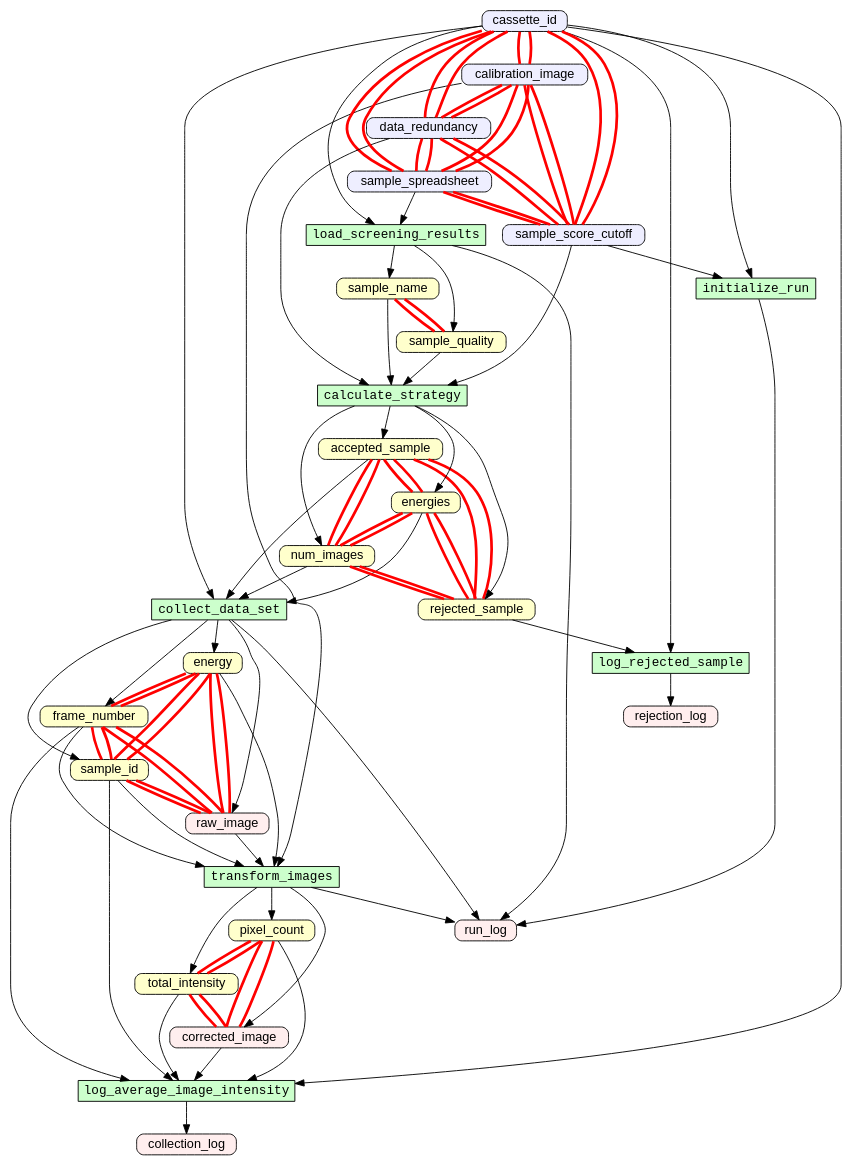
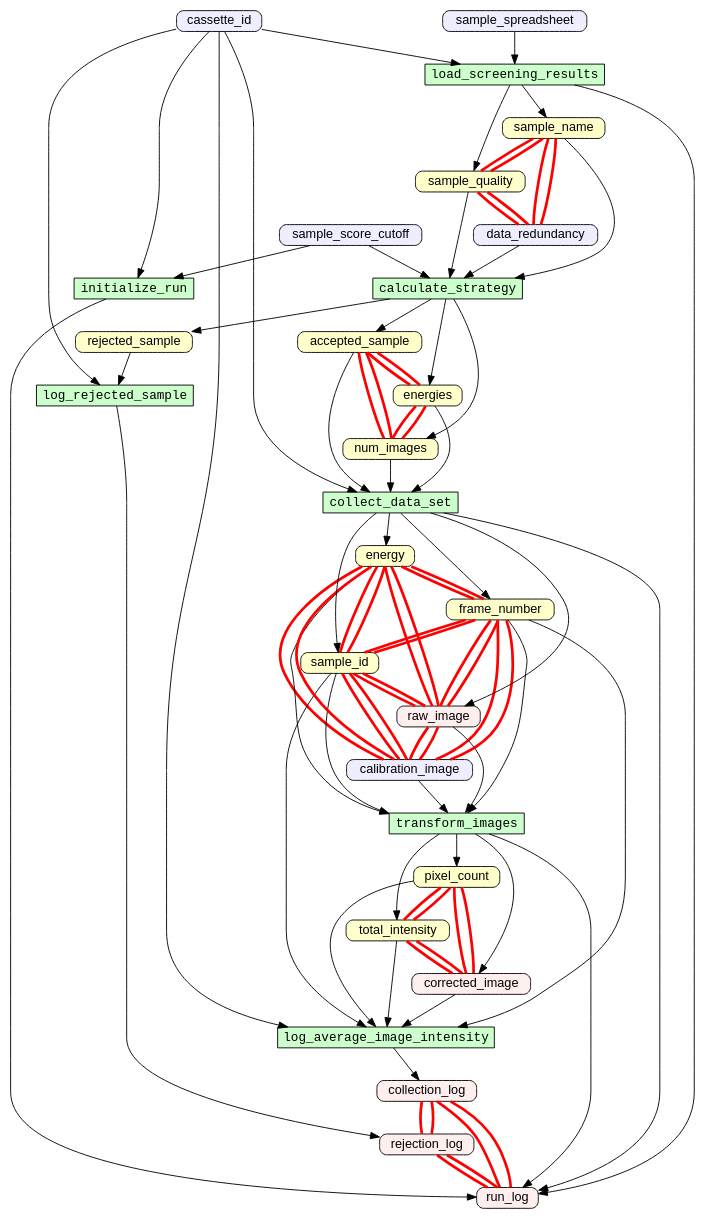
One commit to yesworkflow-org/yw-tapp-17-assert changed the diagram in toy-examples/examples/simulate_data_collection/g.gv. Above: the diagram before and after it, drawn with Graphviz. The commit also changed 3 other files, not shown here.

Commit message:
simulate_data_collection DOWNeqv; double; transitive

```diff
--- a/toy-examples/examples/simulate_data_collection/g.gv
+++ b/toy-examples/examples/simulate_data_collection/g.gv
@@ -1,129 +1,121 @@
 digraph {
 rankdir=TB
 node [shape=box,fontname=Helvetica,fontsize=14,height=0,width=0]
 edge [fontname=Helvetica,fontsize=12]
 "accepted_sample"[style="filled,rounded" fillcolor="#FFFFCC",label="accepted_sample"]
 "energies"[style="filled,rounded" fillcolor="#FFFFCC",label="energies"]
 "energy"[style="filled,rounded" fillcolor="#FFFFCC",label="energy"]
 "frame_number"[style="filled,rounded" fillcolor="#FFFFCC",label="frame_number"]
 "num_images"[style="filled,rounded" fillcolor="#FFFFCC",label="num_images"]
 "pixel_count"[style="filled,rounded" fillcolor="#FFFFCC",label="pixel_count"]
 "rejected_sample"[style="filled,rounded" fillcolor="#FFFFCC",label="rejected_sample"]
 "sample_id"[style="filled,rounded" fillcolor="#FFFFCC",label="sample_id"]
 "sample_name"[style="filled,rounded" fillcolor="#FFFFCC",label="sample_name"]
 "sample_quality"[style="filled,rounded" fillcolor="#FFFFCC",label="sample_quality"]
 "total_intensity"[style="filled,rounded" fillcolor="#FFFFCC",label="total_intensity"]
 "collection_log"[style="filled,rounded" fillcolor="#FFEEEE",label="collection_log"]
 "corrected_image"[style="filled,rounded" fillcolor="#FFEEEE",label="corrected_image"]
 "raw_image"[style="filled,rounded" fillcolor="#FFEEEE",label="raw_image"]
 "rejection_log"[style="filled,rounded" fillcolor="#FFEEEE",label="rejection_log"]
 "run_log"[style="filled,rounded" fillcolor="#FFEEEE",label="run_log"]
 "calibration_image"[style="filled,rounded" fillcolor="#EEEEFF",label="calibration_image"]
 "cassette_id"[style="filled,rounded" fillcolor="#EEEEFF",label="cassette_id"]
 "data_redundancy"[style="filled,rounded" fillcolor="#EEEEFF",label="data_redundancy"]
 "sample_score_cutoff"[style="filled,rounded" fillcolor="#EEEEFF",label="sample_score_cutoff"]
 "sample_spreadsheet"[style="filled,rounded" fillcolor="#EEEEFF",label="sample_spreadsheet"]
 "calculate_strategy"[style="filled" fontname=Courier fillcolor="#CCFFCC",label="calculate_strategy"]
 "collect_data_set"[style="filled" fontname=Courier fillcolor="#CCFFCC",label="collect_data_set"]
 "initialize_run"[style="filled" fontname=Courier fillcolor="#CCFFCC",label="initialize_run"]
 "load_screening_results"[style="filled" fontname=Courier fillcolor="#CCFFCC",label="load_screening_results"]
 "log_average_image_intensity"[style="filled" fontname=Courier fillcolor="#CCFFCC",label="log_average_image_intensity"]
 "log_rejected_sample"[style="filled" fontname=Courier fillcolor="#CCFFCC",label="log_rejected_sample"]
 "transform_images"[style="filled" fontname=Courier fillcolor="#CCFFCC",label="transform_images"]
 accepted_sample -> collect_data_set [color="#000000"]
 calculate_strategy -> accepted_sample [color="#000000"]
 calculate_strategy -> energies [color="#000000"]
 calculate_strategy -> num_images [color="#000000"]
 calculate_strategy -> rejected_sample [color="#000000"]
 calibration_image -> transform_images [color="#000000"]
 cassette_id -> collect_data_set [color="#000000"]
 cassette_id -> initialize_run [color="#000000"]
 cassette_id -> load_screening_results [color="#000000"]
 cassette_id -> log_average_image_intensity [color="#000000"]
 cassette_id -> log_rejected_sample [color="#000000"]
 collect_data_set -> energy [color="#000000"]
 collect_data_set -> frame_number [color="#000000"]
 collect_data_set -> raw_image [color="#000000"]
 collect_data_set -> run_log [color="#000000"]
 collect_data_set -> sample_id [color="#000000"]
 corrected_image -> log_average_image_intensity [color="#000000"]
 data_redundancy -> calculate_strategy [color="#000000"]
 energies -> collect_data_set [color="#000000"]
 energy -> transform_images [color="#000000"]
 frame_number -> log_average_image_intensity [color="#000000"]
 frame_number -> transform_images [color="#000000"]
 initialize_run -> run_log [color="#000000"]
 load_screening_results -> run_log [color="#000000"]
 load_screening_results -> sample_name [color="#000000"]
 load_screening_results -> sample_quality [color="#000000"]
 log_average_image_intensity -> collection_log [color="#000000"]
 log_rejected_sample -> rejection_log [color="#000000"]
 num_images -> collect_data_set [color="#000000"]
 pixel_count -> log_average_image_intensity [color="#000000"]
 raw_image -> transform_images [color="#000000"]
 rejected_sample -> log_rejected_sample [color="#000000"]
 sample_id -> log_average_image_intensity [color="#000000"]
 sample_id -> transform_images [color="#000000"]
 sample_name -> calculate_strategy [color="#000000"]
 sample_quality -> calculate_strategy [color="#000000"]
 sample_score_cutoff -> calculate_strategy [color="#000000"]
 sample_score_cutoff -> initialize_run [color="#000000"]
 sample_spreadsheet -> load_screening_results [color="#000000"]
 total_intensity -> log_average_image_intensity [color="#000000"]
 transform_images -> corrected_image [color="#000000"]
 transform_images -> pixel_count [color="#000000"]
 transform_images -> run_log [color="#000000"]
 transform_images -> total_intensity [color="#000000"]
 accepted_sample -> energies [constraint=true color="#FF0000" dir=none penwidth=3]
 accepted_sample -> num_images [constraint=true color="#FF0000" dir=none penwidth=3]
-accepted_sample -> rejected_sample [constraint=true color="#FF0000" dir=none penwidth=3]
-calibration_image -> cassette_id [constraint=true color="#FF0000" dir=none penwidth=3]
-calibration_image -> data_redundancy [constraint=true color="#FF0000" dir=none penwidth=3]
-calibration_image -> sample_score_cutoff [constraint=true color="#FF0000" dir=none penwidth=3]
-calibration_image -> sample_spreadsheet [constraint=true color="#FF0000" dir=none penwidth=3]
-cassette_id -> calibration_image [constraint=true color="#FF0000" dir=none penwidth=3]
-cassette_id -> data_redundancy [constraint=true color="#FF0000" dir=none penwidth=3]
-cassette_id -> sample_score_cutoff [constraint=true color="#FF0000" dir=none penwidth=3]
-cassette_id -> sample_spreadsheet [constraint=true color="#FF0000" dir=none penwidth=3]
+calibration_image -> energy [constraint=true color="#FF0000" dir=none penwidth=3]
+calibration_image -> frame_number [constraint=true color="#FF0000" dir=none penwidth=3]
+calibration_image -> raw_image [constraint=true color="#FF0000" dir=none penwidth=3]
+calibration_image -> sample_id [constraint=true color="#FF0000" dir=none penwidth=3]
+collection_log -> rejection_log [constraint=true color="#FF0000" dir=none penwidth=3]
+collection_log -> run_log [constraint=true color="#FF0000" dir=none penwidth=3]
 corrected_image -> pixel_count [constraint=true color="#FF0000" dir=none penwidth=3]
 corrected_image -> total_intensity [constraint=true color="#FF0000" dir=none penwidth=3]
-data_redundancy -> calibration_image [constraint=true color="#FF0000" dir=none penwidth=3]
-data_redundancy -> cassette_id [constraint=true color="#FF0000" dir=none penwidth=3]
-data_redundancy -> sample_score_cutoff [constraint=true color="#FF0000" dir=none penwidth=3]
-data_redundancy -> sample_spreadsheet [constraint=true color="#FF0000" dir=none penwidth=3]
+data_redundancy -> sample_name [constraint=true color="#FF0000" dir=none penwidth=3]
+data_redundancy -> sample_quality [constraint=true color="#FF0000" dir=none penwidth=3]
 energies -> accepted_sample [constraint=true color="#FF0000" dir=none penwidth=3]
 energies -> num_images [constraint=true color="#FF0000" dir=none penwidth=3]
-energies -> rejected_sample [constraint=true color="#FF0000" dir=none penwidth=3]
+energy -> calibration_image [constraint=true color="#FF0000" dir=none penwidth=3]
 energy -> frame_number [constraint=true color="#FF0000" dir=none penwidth=3]
 energy -> raw_image [constraint=true color="#FF0000" dir=none penwidth=3]
 energy -> sample_id [constraint=true color="#FF0000" dir=none penwidth=3]
+frame_number -> calibration_image [constraint=true color="#FF0000" dir=none penwidth=3]
 frame_number -> energy [constraint=true color="#FF0000" dir=none penwidth=3]
 frame_number -> raw_image [constraint=true color="#FF0000" dir=none penwidth=3]
 frame_number -> sample_id [constraint=true color="#FF0000" dir=none penwidth=3]
 num_images -> accepted_sample [constraint=true color="#FF0000" dir=none penwidth=3]
 num_images -> energies [constraint=true color="#FF0000" dir=none penwidth=3]
-num_images -> rejected_sample [constraint=true color="#FF0000" dir=none penwidth=3]
 pixel_count -> corrected_image [constraint=true color="#FF0000" dir=none penwidth=3]
 pixel_count -> total_intensity [constraint=true color="#FF0000" dir=none penwidth=3]
+raw_image -> calibration_image [constraint=true color="#FF0000" dir=none penwidth=3]
 raw_image -> energy [constraint=true color="#FF0000" dir=none penwidth=3]
 raw_image -> frame_number [constraint=true color="#FF0000" dir=none penwidth=3]
 raw_image -> sample_id [constraint=true color="#FF0000" dir=none penwidth=3]
-rejected_sample -> accepted_sample [constraint=true color="#FF0000" dir=none penwidth=3]
-rejected_sample -> energies [constraint=true color="#FF0000" dir=none penwidth=3]
-rejected_sample -> num_images [constraint=true color="#FF0000" dir=none penwidth=3]
+rejection_log -> collection_log [constraint=true color="#FF0000" dir=none penwidth=3]
+rejection_log -> run_log [constraint=true color="#FF0000" dir=none penwidth=3]
+run_log -> collection_log [constraint=true color="#FF0000" dir=none penwidth=3]
+run_log -> rejection_log [constraint=true color="#FF0000" dir=none penwidth=3]
+sample_id -> calibration_image [constraint=true color="#FF0000" dir=none penwidth=3]
 sample_id -> energy [constraint=true color="#FF0000" dir=none penwidth=3]
 sample_id -> frame_number [constraint=true color="#FF0000" dir=none penwidth=3]
 sample_id -> raw_image [constraint=true color="#FF0000" dir=none penwidth=3]
+sample_name -> data_redundancy [constraint=true color="#FF0000" dir=none penwidth=3]
 sample_name -> sample_quality [constraint=true color="#FF0000" dir=none penwidth=3]
+sample_quality -> data_redundancy [constraint=true color="#FF0000" dir=none penwidth=3]
 sample_quality -> sample_name [constraint=true color="#FF0000" dir=none penwidth=3]
-sample_score_cutoff -> calibration_image [constraint=true color="#FF0000" dir=none penwidth=3]
-sample_score_cutoff -> cassette_id [constraint=true color="#FF0000" dir=none penwidth=3]
-sample_score_cutoff -> data_redundancy [constraint=true color="#FF0000" dir=none penwidth=3]
-sample_score_cutoff -> sample_spreadsheet [constraint=true color="#FF0000" dir=none penwidth=3]
-sample_spreadsheet -> calibration_image [constraint=true color="#FF0000" dir=none penwidth=3]
-sample_spreadsheet -> cassette_id [constraint=true color="#FF0000" dir=none penwidth=3]
-sample_spreadsheet -> data_redundancy [constraint=true color="#FF0000" dir=none penwidth=3]
-sample_spreadsheet -> sample_score_cutoff [constraint=true color="#FF0000" dir=none penwidth=3]
 total_intensity -> corrected_image [constraint=true color="#FF0000" dir=none penwidth=3]
 total_intensity -> pixel_count [constraint=true color="#FF0000" dir=none penwidth=3]
 }
```
